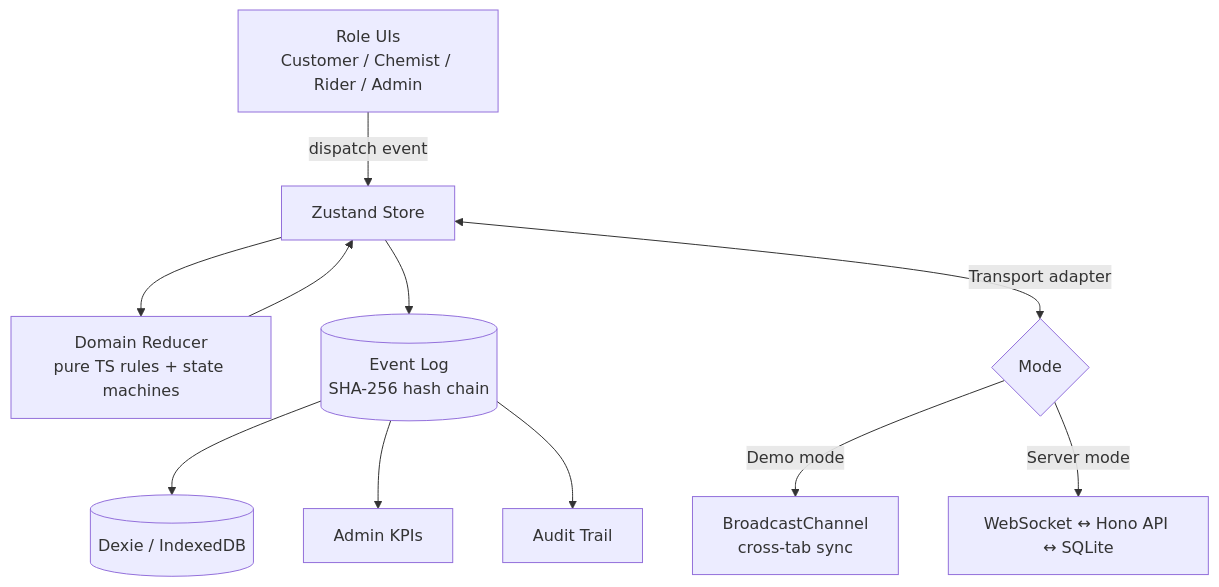
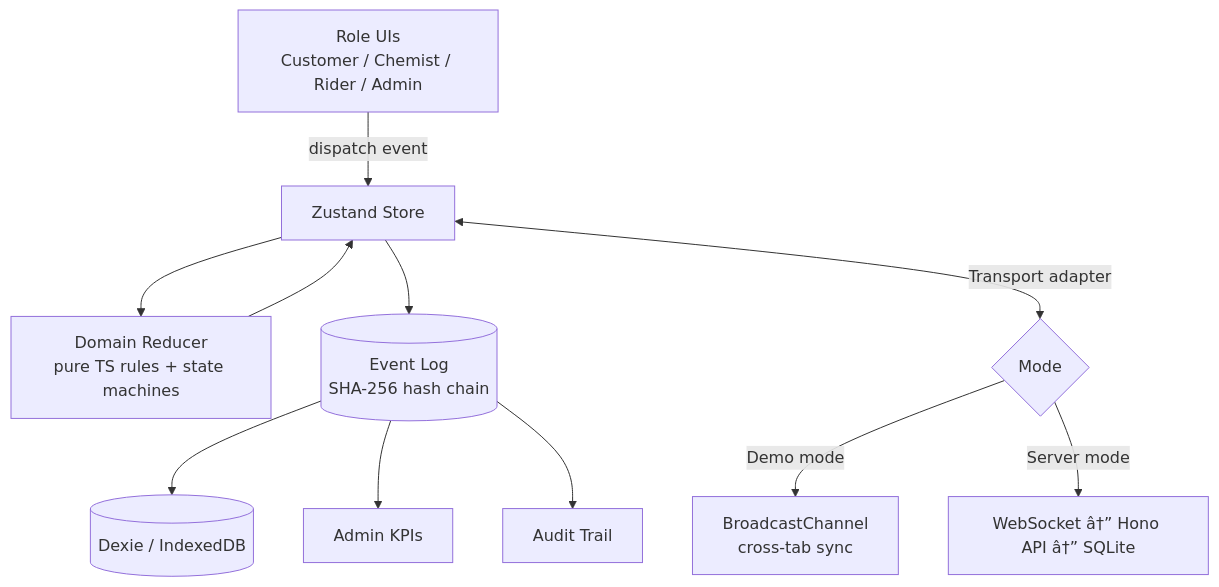
One commit to chethan-9817/pharma_flow_1 changed the fourth of 4 diagrams in README.md. Above: the diagram before and after it, drawn with Mermaid. The commit also changed other lines of this file, not shown here.

Commit message:
docs: note what is built for the customer roadmap step

````diff
--- a/README.md
+++ b/README.md
@@ -259,13 +259,13 @@
 ```mermaid
 flowchart TB
     UI[Role UIs<br/>Customer / Chemist / Rider / Admin] -->|dispatch event| ST[Zustand Store]
     ST --> RD[Domain Reducer<br/>pure TS rules + state machines]
     RD --> ST
     ST --> LOG[(Event Log<br/>SHA-256 hash chain)]
     LOG --> DB[(Dexie / IndexedDB)]
     ST <-->|Transport adapter| T{Mode}
     T -->|Demo mode| BC[BroadcastChannel<br/>cross-tab sync]
-    T -->|Server mode| WS[WebSocket ↔ Hono API ↔ SQLite]
+    T -->|Server mode| WS[WebSocket â†” Hono API â†” SQLite]
     LOG --> KPI[Admin KPIs]
     LOG --> AUD[Audit Trail]
 ```
````
